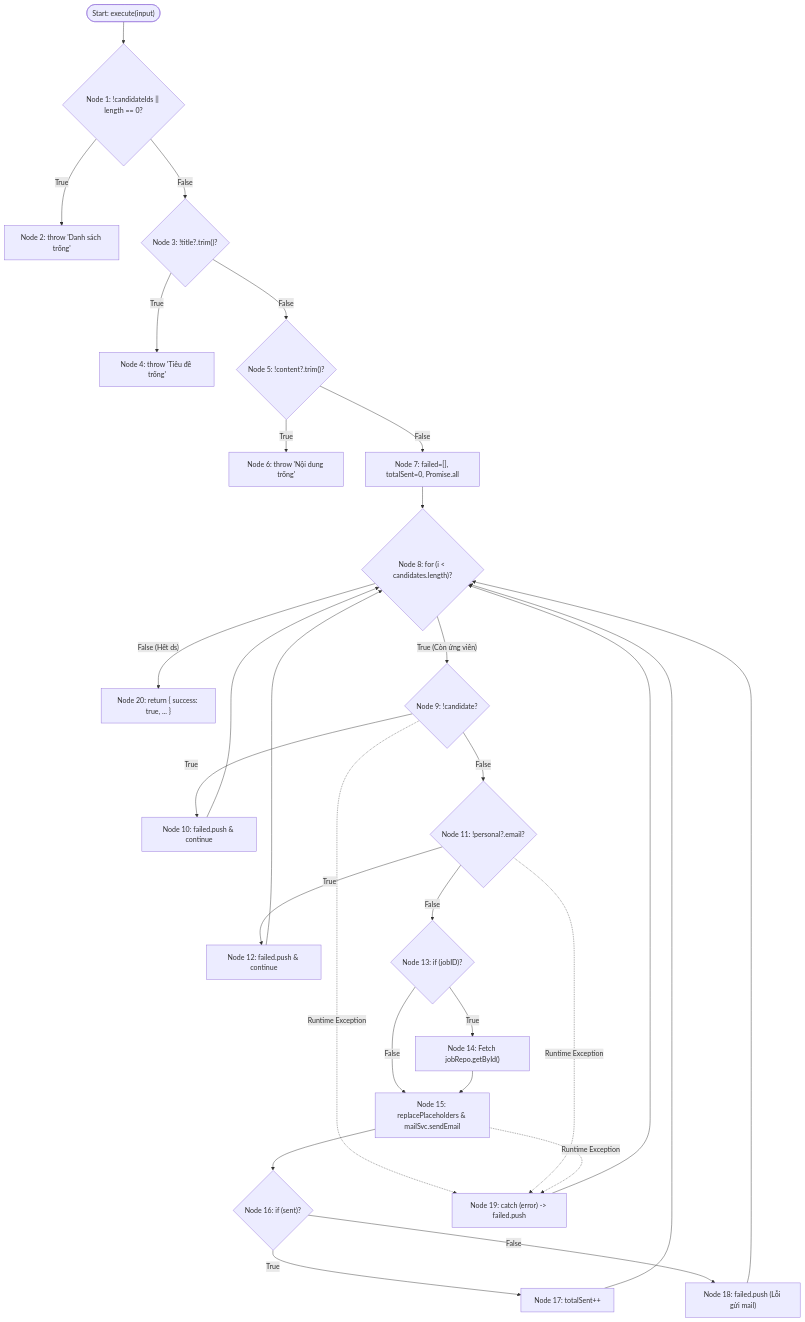
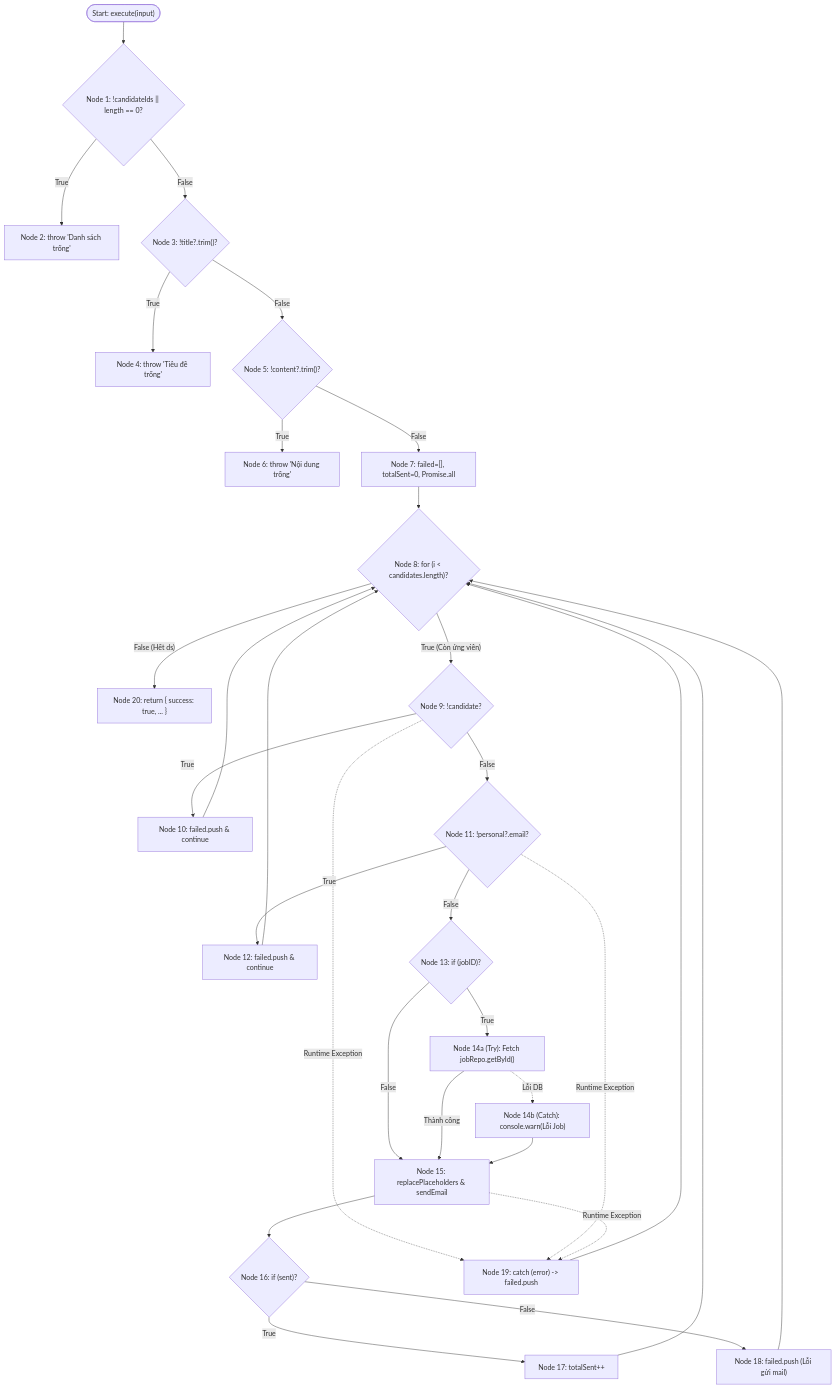
Before and after one commit to pvhung2112/cse462-testing: the diagram in hop-trang/KiemThuHopTrang_UC09_TuDongHoaGuiEmail.md, drawn with Mermaid. The commit also changed other lines of this file and 2 other files, not shown here.

Commit message:
docs: split try-catch into Node 14a and Node 14b for complete branch coverage

````diff
--- a/hop-trang/KiemThuHopTrang_UC09_TuDongHoaGuiEmail.md
+++ b/hop-trang/KiemThuHopTrang_UC09_TuDongHoaGuiEmail.md
@@ -180,43 +181,46 @@
 ```mermaid
 flowchart TD
     Start(["Start: execute(input)"]) --> N1{"Node 1: !candidateIds || length == 0?"}
     
     N1 -- "True" --> N2["Node 2: throw 'Danh sách trống'"]
     N1 -- "False" --> N3{"Node 3: !title?.trim()?"}
     
     N3 -- "True" --> N4["Node 4: throw 'Tiêu đề trống'"]
     N3 -- "False" --> N5{"Node 5: !content?.trim()?"}
     
     N5 -- "True" --> N6["Node 6: throw 'Nội dung trống'"]
     N5 -- "False" --> N7["Node 7: failed=[], totalSent=0, Promise.all"]
     
     N7 --> N8{"Node 8: for (i < candidates.length)?"}
     
     N8 -- "False (Hết ds)" --> N20["Node 20: return { success: true, ... }"]
     N8 -- "True (Còn ứng viên)" --> N9{"Node 9: !candidate?"}
     
     N9 -- "True" --> N10["Node 10: failed.push & continue"]
     N10 --> N8
     
     N9 -- "False" --> N11{"Node 11: !personal?.email?"}
     N11 -- "True" --> N12["Node 12: failed.push & continue"]
     N12 --> N8
     
     N11 -- "False" --> N13{"Node 13: if (jobID)?"}
-    N13 -- "True" --> N14["Node 14: Fetch jobRepo.getById()"]
-    N13 -- "False" --> N15["Node 15: replacePlaceholders & mailSvc.sendEmail"]
-    N14 --> N15
+    N13 -- "True" --> N14a["Node 14a (Try): Fetch jobRepo.getById()"]
+    N13 -- "False" --> N15["Node 15: replacePlaceholders & sendEmail"]
+    
+    N14a -- "Thành công" --> N15
+    N14a -. "Lỗi DB" .-> N14b["Node 14b (Catch): console.warn(Lỗi Job)"]
+    N14b --> N15
     
     N15 --> N16{"Node 16: if (sent)?"}
     
     N16 -- "True" --> N17["Node 17: totalSent++"]
     N16 -- "False" --> N18["Node 18: failed.push (Lỗi gửi mail)"]
     
     N17 --> N8
     N18 --> N8
     
     N9 -. "Runtime Exception" .-> N19["Node 19: catch (error) -> failed.push"]
     N11 -. "Runtime Exception" .-> N19
     N15 -. "Runtime Exception" .-> N19
     N19 --> N8
 ```
````
